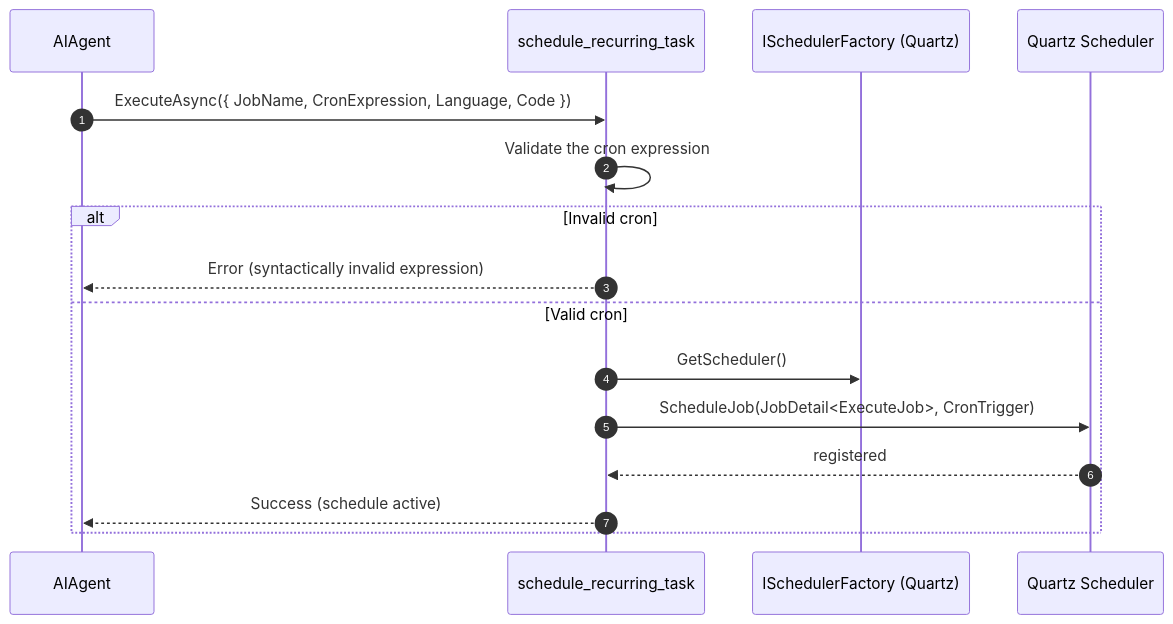
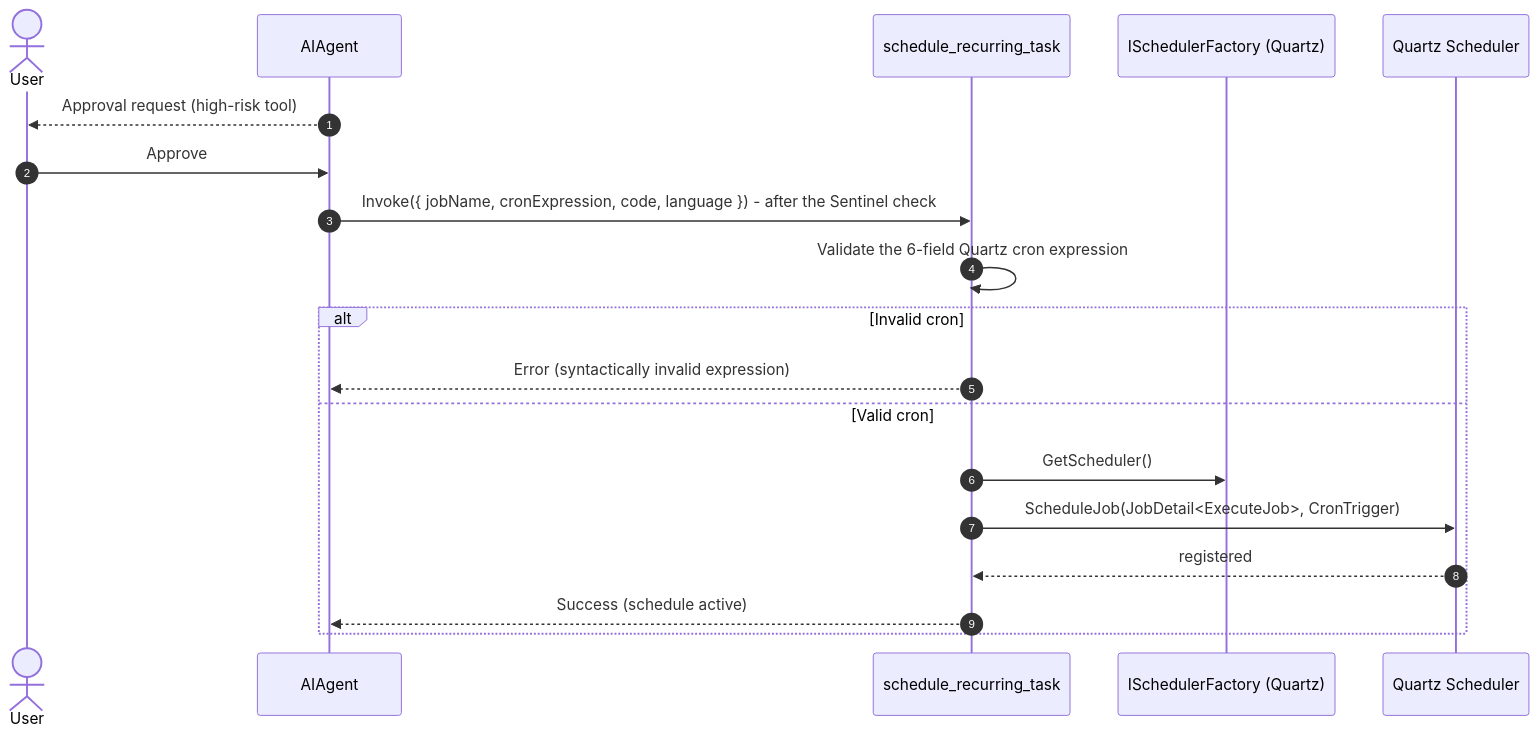
One commit to mihailshterev/sentium changed the diagram in docs/diagrams/scheduling-1-create-recurring-task.md. Above: the diagram before and after it, drawn with Mermaid. The commit also changed 138 other files, not shown here.

````diff
--- a/docs/diagrams/scheduling-1-create-recurring-task.md
+++ b/docs/diagrams/scheduling-1-create-recurring-task.md
@@ -1,19 +1,22 @@
 ```mermaid
 sequenceDiagram
     autonumber
+    actor U as User
     participant AG as AIAgent
     participant ST as schedule_recurring_task
     participant SF as ISchedulerFactory (Quartz)
     participant SCH as Quartz Scheduler
 
-    AG->>ST: ExecuteAsync({ JobName, CronExpression, Language, Code })
-    ST->>ST: Validate the cron expression
+    AG-->>U: Approval request (high-risk tool)
+    U->>AG: Approve
+    AG->>ST: Invoke({ jobName, cronExpression, code, language }) - after the Sentinel check
+    ST->>ST: Validate the 6-field Quartz cron expression
     alt Invalid cron
         ST-->>AG: Error (syntactically invalid expression)
     else Valid cron
         ST->>SF: GetScheduler()
         ST->>SCH: ScheduleJob(JobDetail<ExecuteJob>, CronTrigger)
         SCH-->>ST: registered
         ST-->>AG: Success (schedule active)
     end
 ```
````
